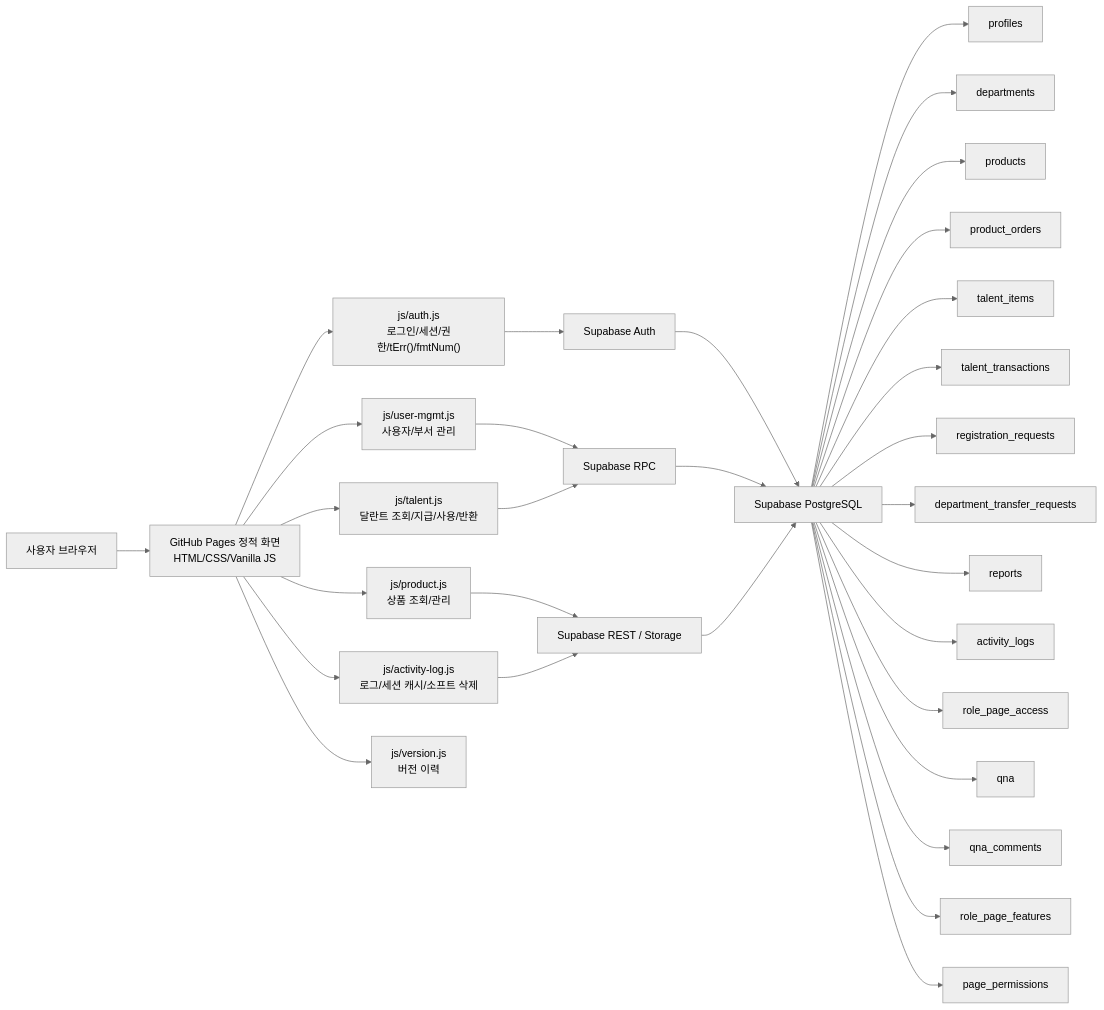
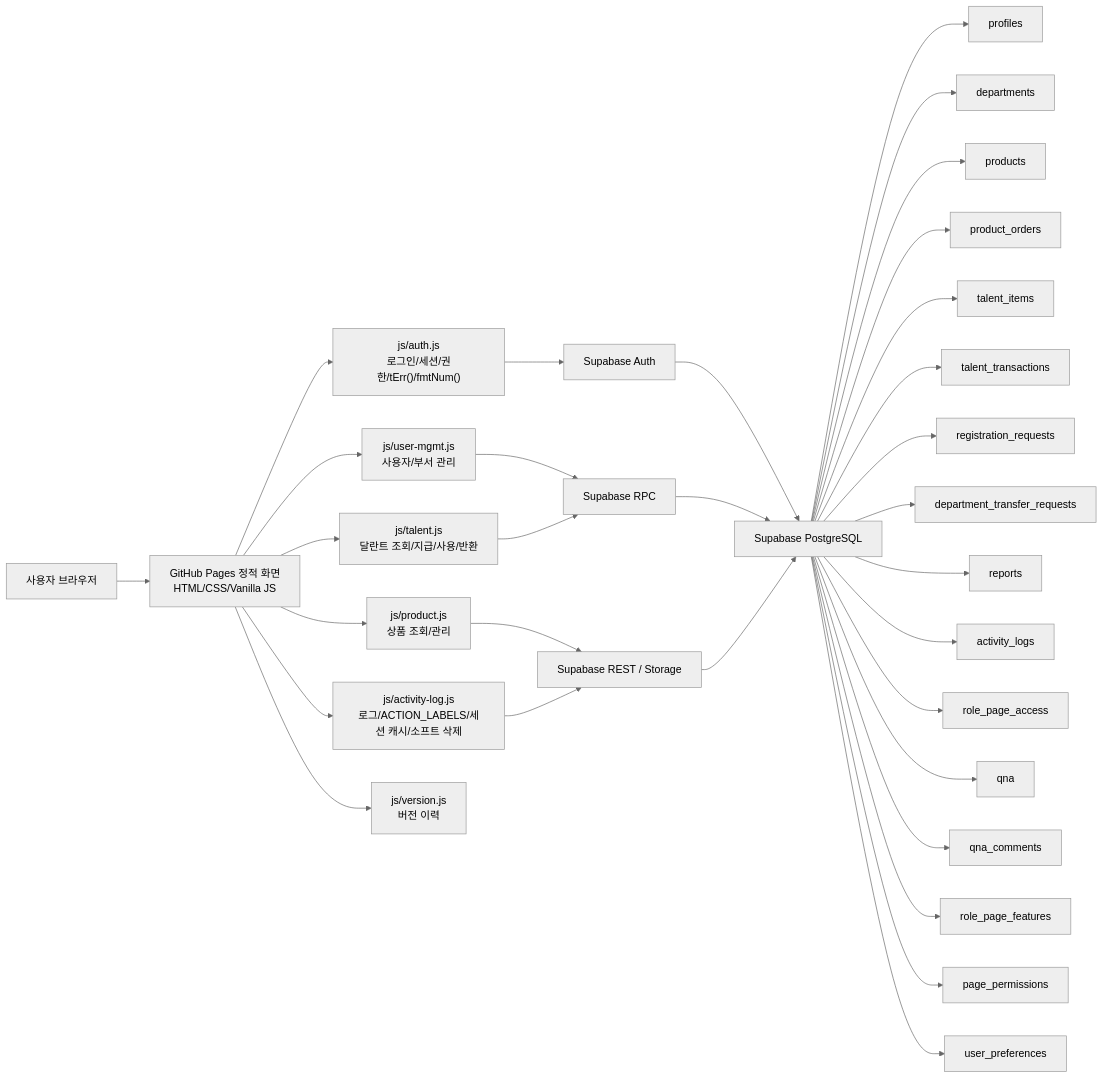
One commit to CHO-Talents/CHO-Talents changed the first of 12 diagrams in docs/PROJECT_ARCHITECTURE_FLOW.md. Above: the diagram before and after it, drawn with Mermaid (neutral theme). The commit also changed other lines of this file and 39 other files, not shown here.

````diff
--- a/docs/PROJECT_ARCHITECTURE_FLOW.md
+++ b/docs/PROJECT_ARCHITECTURE_FLOW.md
@@ -24,37 +24,38 @@
 ```mermaid
 flowchart LR
   User["사용자 브라우저"] --> Pages["GitHub Pages 정적 화면<br/>HTML/CSS/Vanilla JS"]
 
   Pages --> AuthJS["js/auth.js<br/>로그인/세션/권한/tErr()/fmtNum()"]
-  Pages --> LogJS["js/activity-log.js<br/>로그/세션 캐시/소프트 삭제"]
+  Pages --> LogJS["js/activity-log.js<br/>로그/ACTION_LABELS/세션 캐시/소프트 삭제"]
   Pages --> UserMgmt["js/user-mgmt.js<br/>사용자/부서 관리"]
   Pages --> TalentJS["js/talent.js<br/>달란트 조회/지급/사용/반환"]
   Pages --> ProductJS["js/product.js<br/>상품 조회/관리"]
   Pages --> VersionJS["js/version.js<br/>버전 이력"]
 
   AuthJS --> Auth["Supabase Auth"]
   UserMgmt --> RPC["Supabase RPC"]
   TalentJS --> RPC
   ProductJS --> Rest["Supabase REST / Storage"]
   LogJS --> Rest
 
   Auth --> DB["Supabase PostgreSQL"]
   RPC --> DB
   Rest --> DB
 
   DB --> Profiles["profiles"]
   DB --> Departments["departments"]
   DB --> Products["products"]
   DB --> Orders["product_orders"]
   DB --> Items["talent_items"]
   DB --> Transactions["talent_transactions"]
   DB --> Requests["registration_requests"]
   DB --> Transfers["department_transfer_requests"]
   DB --> Reports["reports"]
   DB --> Logs["activity_logs"]
   DB --> RoleAccess["role_page_access"]
   DB --> QnA["qna"]
   DB --> QnAComments["qna_comments"]
   DB --> RoleFeatures["role_page_features"]
   DB --> PagePerms["page_permissions"]
+  DB --> UserPrefs["user_preferences"]
 ```
````
